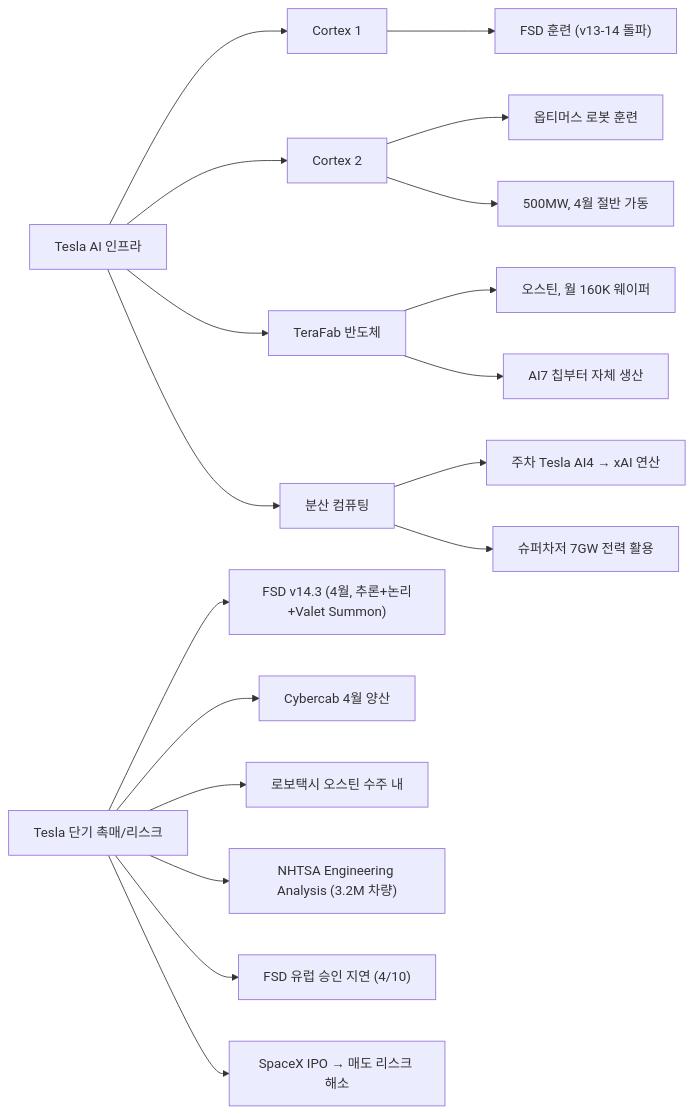
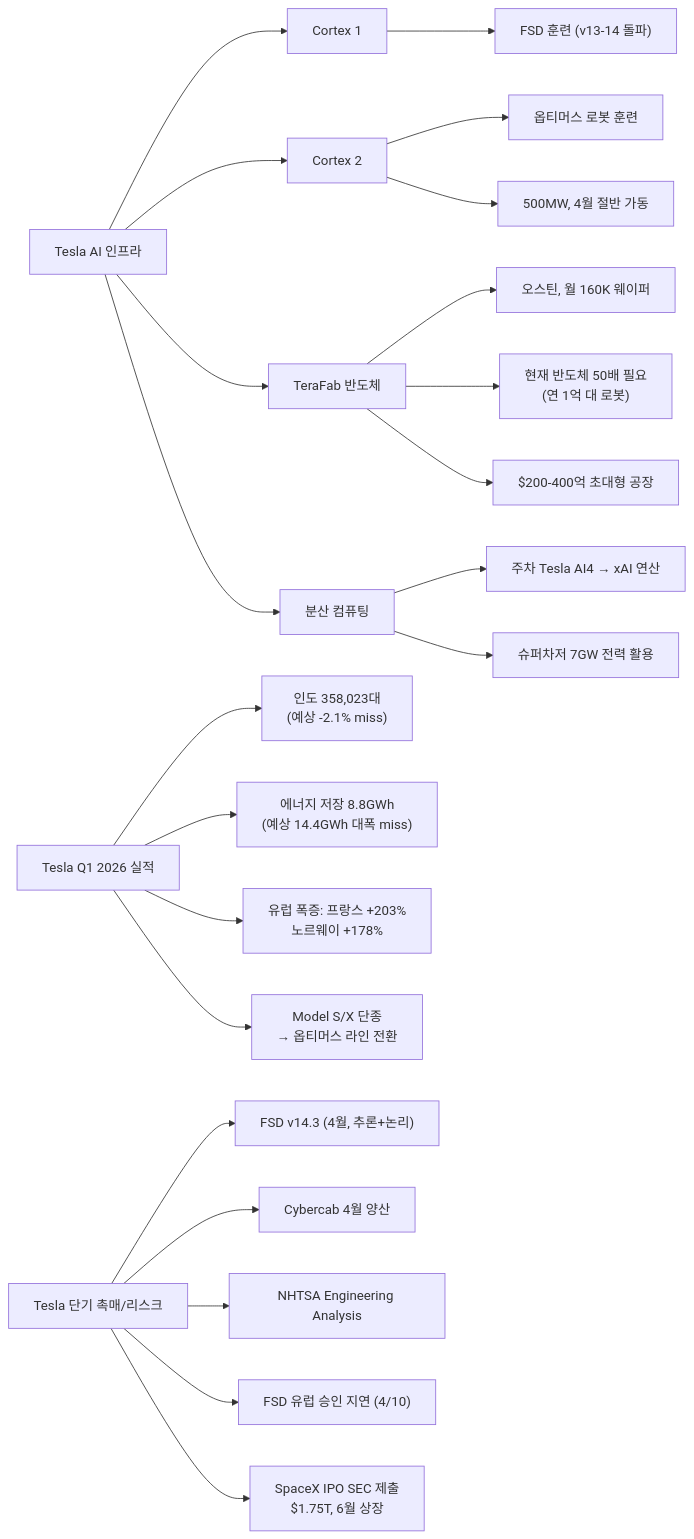
Before and after one commit to dss99911/dss99911.github.io: the first of 5 diagrams in _posts/knowledge/invest/2026-01-14-automotive-robotics-sector-outlook-2026.md, drawn with Mermaid. The commit also changed other lines of this file and 5 other files, not shown here.

````diff
--- a/_posts/knowledge/invest/2026-01-14-automotive-robotics-sector-outlook-2026.md
+++ b/_posts/knowledge/invest/2026-01-14-automotive-robotics-sector-outlook-2026.md
@@ -37,22 +36,27 @@
 ```mermaid
 graph LR
     A["Tesla AI 인프라"] --> B["Cortex 1"]
     A --> C["Cortex 2"]
     A --> T["TeraFab 반도체"]
     A --> DC["분산 컴퓨팅"]
 
-    B --> D["FSD 훈련 (v13-14 돌파)"]
+    B --> D["FSD 훈련 #40;v13-14 돌파#41;"]
     C --> E["옵티머스 로봇 훈련"]
     C --> F["500MW, 4월 절반 가동"]
     T --> T1["오스틴, 월 160K 웨이퍼"]
-    T --> T2["AI7 칩부터 자체 생산"]
+    T --> T2["현재 반도체 50배 필요<br/>#40;연 1억 대 로봇#41;"]
+    T --> T3["$200-400억 초대형 공장"]
     DC --> DC1["주차 Tesla AI4 → xAI 연산"]
     DC --> DC2["슈퍼차저 7GW 전력 활용"]
 
-    H["Tesla 단기 촉매/리스크"] --> I["FSD v14.3 (4월, 추론+논리+Valet Summon)"]
-    H --> J["Cybercab 4월 양산"]
-    H --> K["로보택시 오스틴 수주 내"]
-    H --> L["NHTSA Engineering Analysis (3.2M 차량)"]
-    H --> M["FSD 유럽 승인 지연 (4/10)"]
-    H --> N["SpaceX IPO → 매도 리스크 해소"]
+    H["Tesla Q1 2026 실적"] --> H1["인도 358,023대<br/>#40;예상 -2.1% miss#41;"]
+    H --> H2["에너지 저장 8.8GWh<br/>#40;예상 14.4GWh 대폭 miss#41;"]
+    H --> H3["유럽 폭증: 프랑스 +203%<br/>노르웨이 +178%"]
+    H --> H4["Model S/X 단종<br/>→ 옵티머스 라인 전환"]
+
+    R["Tesla 단기 촉매/리스크"] --> I["FSD v14.3 #40;4월, 추론+논리#41;"]
+    R --> J["Cybercab 4월 양산"]
+    R --> L["NHTSA Engineering Analysis"]
+    R --> M["FSD 유럽 승인 지연 #40;4/10#41;"]
+    R --> N["SpaceX IPO SEC 제출<br/>$1.75T, 6월 상장"]
 ```
````
